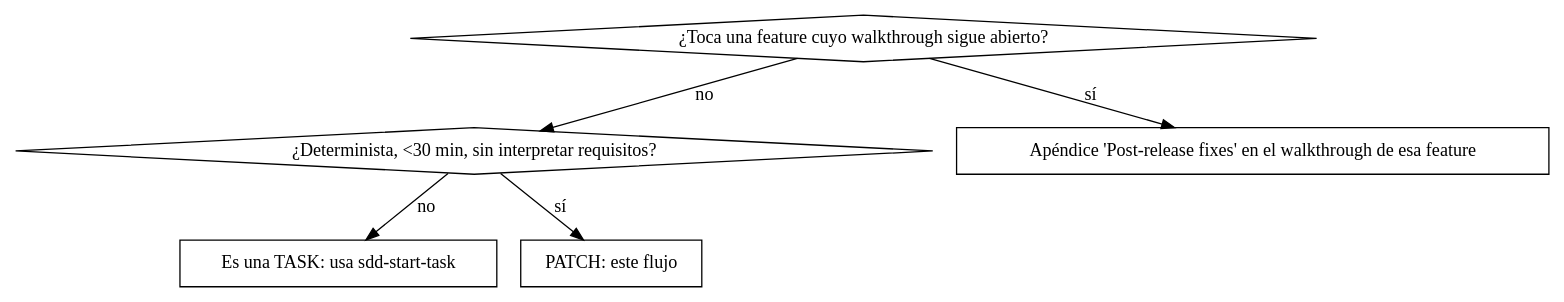
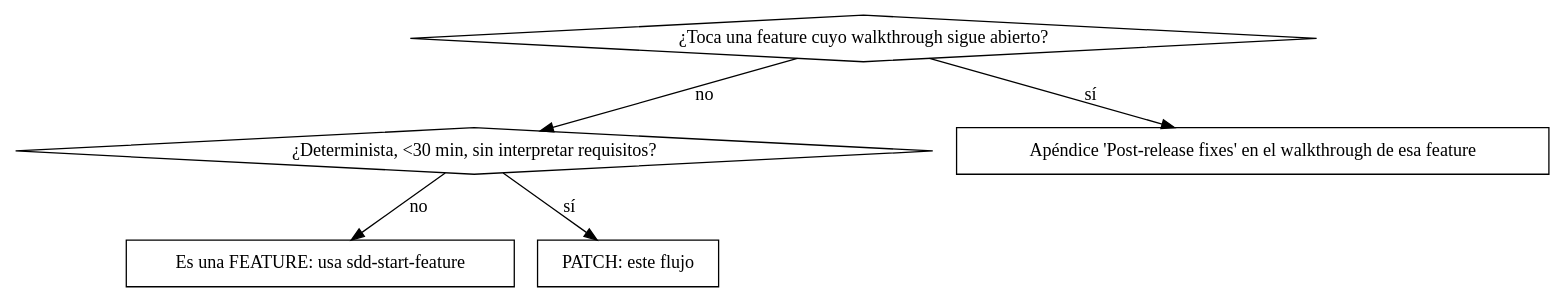
Before and after one commit to pikachumetal/sdd-kit: the diagram in skills/sdd-start-patch/SKILL.md, drawn with Graphviz. The commit also changed other lines of this file and 78 other files, not shown here.

First line of the commit message:
refactor(skills): renombrar sdd-start-task y sdd-end-task a feature

````diff
--- a/skills/sdd-start-patch/SKILL.md
+++ b/skills/sdd-start-patch/SKILL.md
@@ -17,14 +17,14 @@
 ```dot
 digraph decision {
     "¿Toca una feature cuyo walkthrough sigue abierto?" [shape=diamond];
     "¿Determinista, <30 min, sin interpretar requisitos?" [shape=diamond];
     "Apéndice 'Post-release fixes' en el walkthrough de esa feature" [shape=box];
-    "Es una TASK: usa sdd-start-task" [shape=box];
+    "Es una FEATURE: usa sdd-start-feature" [shape=box];
     "PATCH: este flujo" [shape=box];
 
     "¿Toca una feature cuyo walkthrough sigue abierto?" -> "Apéndice 'Post-release fixes' en el walkthrough de esa feature" [label="sí"];
     "¿Toca una feature cuyo walkthrough sigue abierto?" -> "¿Determinista, <30 min, sin interpretar requisitos?" [label="no"];
     "¿Determinista, <30 min, sin interpretar requisitos?" -> "PATCH: este flujo" [label="sí"];
-    "¿Determinista, <30 min, sin interpretar requisitos?" -> "Es una TASK: usa sdd-start-task" [label="no"];
+    "¿Determinista, <30 min, sin interpretar requisitos?" -> "Es una FEATURE: usa sdd-start-feature" [label="no"];
 }
 ```
````
